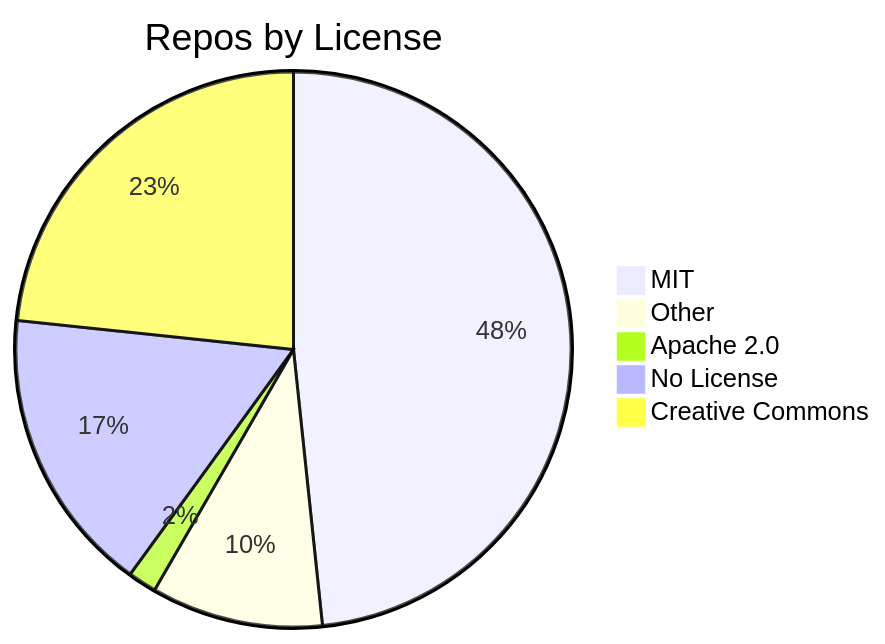
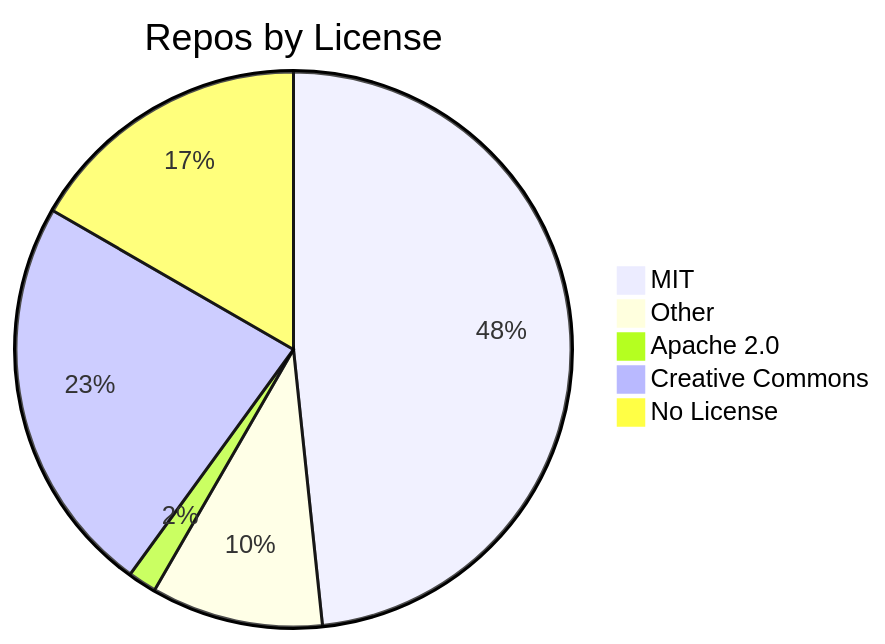
The diagram in README.md (jpatterson933/awesome-mcp-server-repo-index), drawn with Mermaid before and after one commit. The commit also changed other lines of this file and 7 other files, not shown here.

````diff
--- a/README.md
+++ b/README.md
@@ -31,8 +31,8 @@
 ```mermaid
 pie title Repos by License
     "MIT" : 29
     "Other" : 6
     "Apache 2.0" : 1
+    "Creative Commons" : 14
     "No License" : 10
-    "Creative Commons" : 14
 ```
````
